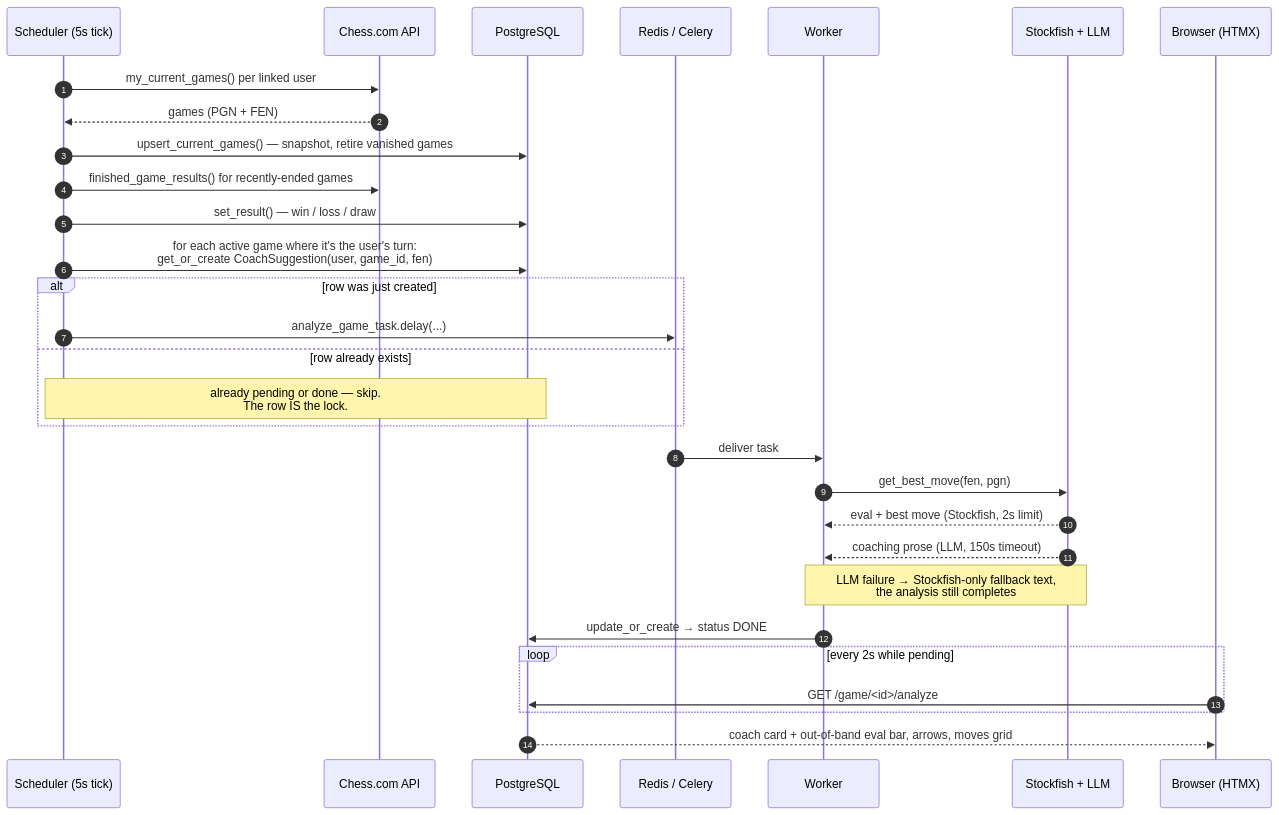
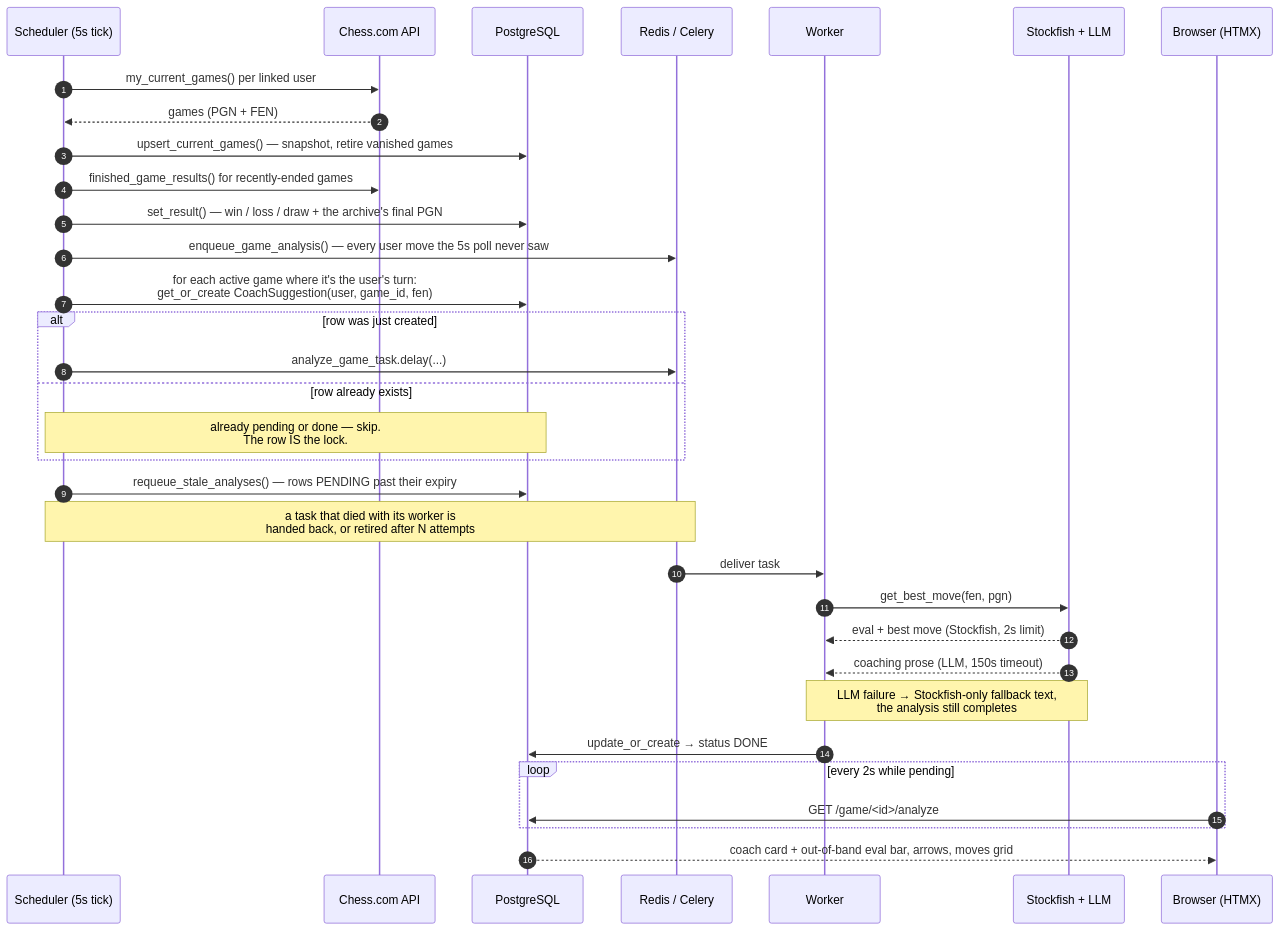
One commit to gab-25/chessdotcom_ai_coach changed the second of 2 diagrams in docs/architecture.md. Above: the diagram before and after it, drawn with Mermaid. The commit also changed other lines of this file and 19 other files, not shown here.

````diff
--- a/docs/architecture.md
+++ b/docs/architecture.md
@@ -55,36 +55,40 @@
 ```mermaid
 sequenceDiagram
     autonumber
     participant S as Scheduler (5s tick)
     participant C as Chess.com API
     participant DB as PostgreSQL
     participant Q as Redis / Celery
     participant W as Worker
     participant E as Stockfish + LLM
     participant B as Browser (HTMX)
 
     S->>C: my_current_games() per linked user
     C-->>S: games (PGN + FEN)
     S->>DB: upsert_current_games() — snapshot, retire vanished games
     S->>C: finished_game_results() for recently-ended games
-    S->>DB: set_result() — win / loss / draw
+    S->>DB: set_result() — win / loss / draw + the archive's final PGN
+    S->>Q: enqueue_game_analysis() — every user move the 5s poll never saw
 
     S->>DB: for each active game where it's the user's turn:<br/>get_or_create CoachSuggestion(user, game_id, fen)
     alt row was just created
         S->>Q: analyze_game_task.delay(...)
     else row already exists
         Note over S,DB: already pending or done — skip.<br/>The row IS the lock.
     end
+
+    S->>DB: requeue_stale_analyses() — rows PENDING past their expiry
+    Note over S,Q: a task that died with its worker is<br/>handed back, or retired after N attempts
 
     Q->>W: deliver task
     W->>E: get_best_move(fen, pgn)
     E-->>W: eval + best move (Stockfish, 2s limit)
     E-->>W: coaching prose (LLM, 150s timeout)
     Note over W,E: LLM failure → Stockfish-only fallback text,<br/>the analysis still completes
     W->>DB: update_or_create → status DONE
 
     loop every 2s while pending
         B->>DB: GET /game/<id>/analyze
     end
     DB-->>B: coach card + out-of-band eval bar, arrows, moves grid
 ```
````
